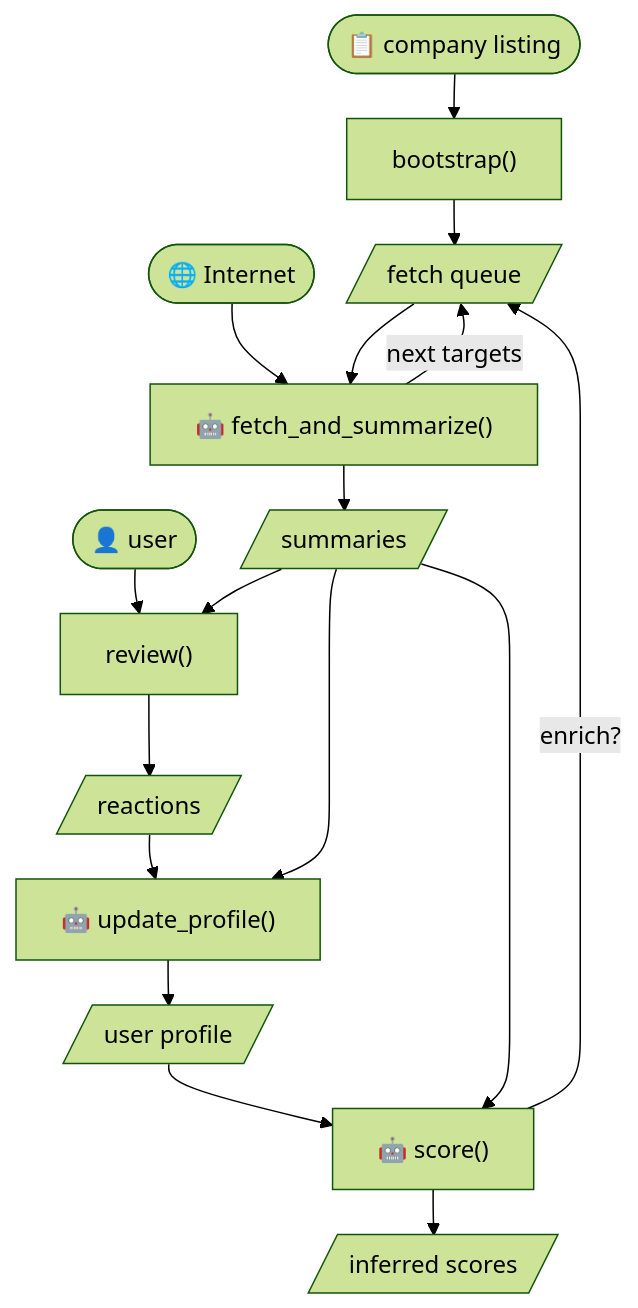
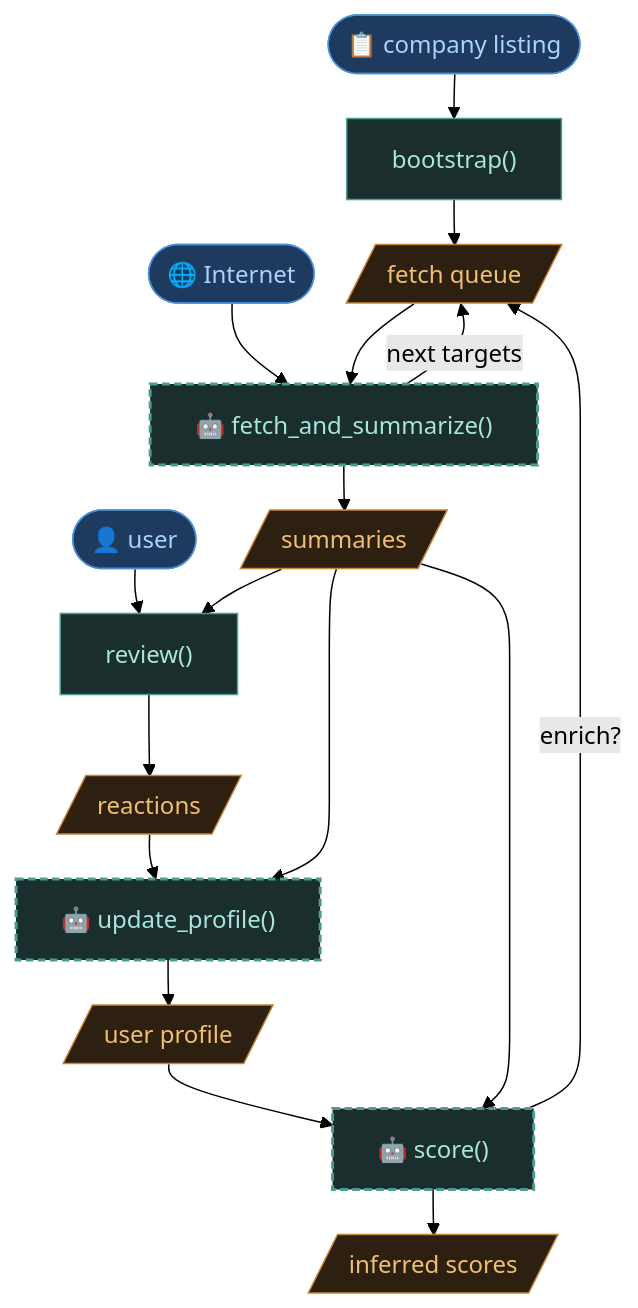
Before and after one commit to xdze2/anpe2k26: the diagram in docs/specs/21_pipeline_overview.md, drawn with Mermaid (forest theme).

Commit message:
Add style

````diff
--- a/docs/specs/21_pipeline_overview.md
+++ b/docs/specs/21_pipeline_overview.md
@@ -13,44 +13,55 @@
 ```mermaid
 %%{init: {"flowchart": {"rankSpacing": 30, "nodeSpacing": 20}} }%%
 flowchart TD
     %% external inputs
     LISTING(["📋 company listing"])
     INTERNET(["🌐 Internet"])
     USER(["👤 user"])
 
     %% process steps
     BOOTSTRAP["bootstrap()"]
     RUN["🤖 fetch_and_summarize()"]
     REVIEW["review()"]
     PROFILE["🤖 update_profile()"]
     SCORE["🤖 score()"]
 
     %% data artifacts
     QUEUE[/"fetch queue"/]
     SUMMARIES[/"summaries"/]
     REACTIONS[/"reactions"/]
     PROF_DATA[/"user profile"/]
     SCORES[/"inferred scores"/]
 
     %% flow
     LISTING --> BOOTSTRAP
     BOOTSTRAP --> QUEUE
 
     INTERNET --> RUN
     QUEUE --> RUN
     RUN --> SUMMARIES
     RUN -->|next targets| QUEUE
 
     USER --> REVIEW
     SUMMARIES --> REVIEW
     REVIEW --> REACTIONS
 
     REACTIONS --> PROFILE
     SUMMARIES --> PROFILE
     PROFILE --> PROF_DATA
 
     PROF_DATA --> SCORE
     SUMMARIES --> SCORE
     SCORE --> SCORES
     SCORE -->|enrich?| QUEUE
+
+    %% styles
+    classDef input  fill:#1e3a5f,stroke:#4a90d9,color:#a8d4ff
+    classDef step   fill:#1a2e2e,stroke:#4a9e8e,color:#a8e6da
+    classDef llm    fill:#1a2e2e,stroke:#4a9e8e,color:#a8e6da,stroke-width:2px,stroke-dasharray:5 3
+    classDef data   fill:#2e2010,stroke:#c8843a,color:#f0c070
+
+    class LISTING,INTERNET,USER input
+    class BOOTSTRAP,REVIEW step
+    class RUN,PROFILE,SCORE llm
+    class QUEUE,SUMMARIES,REACTIONS,PROF_DATA,SCORES data
 ```
````
